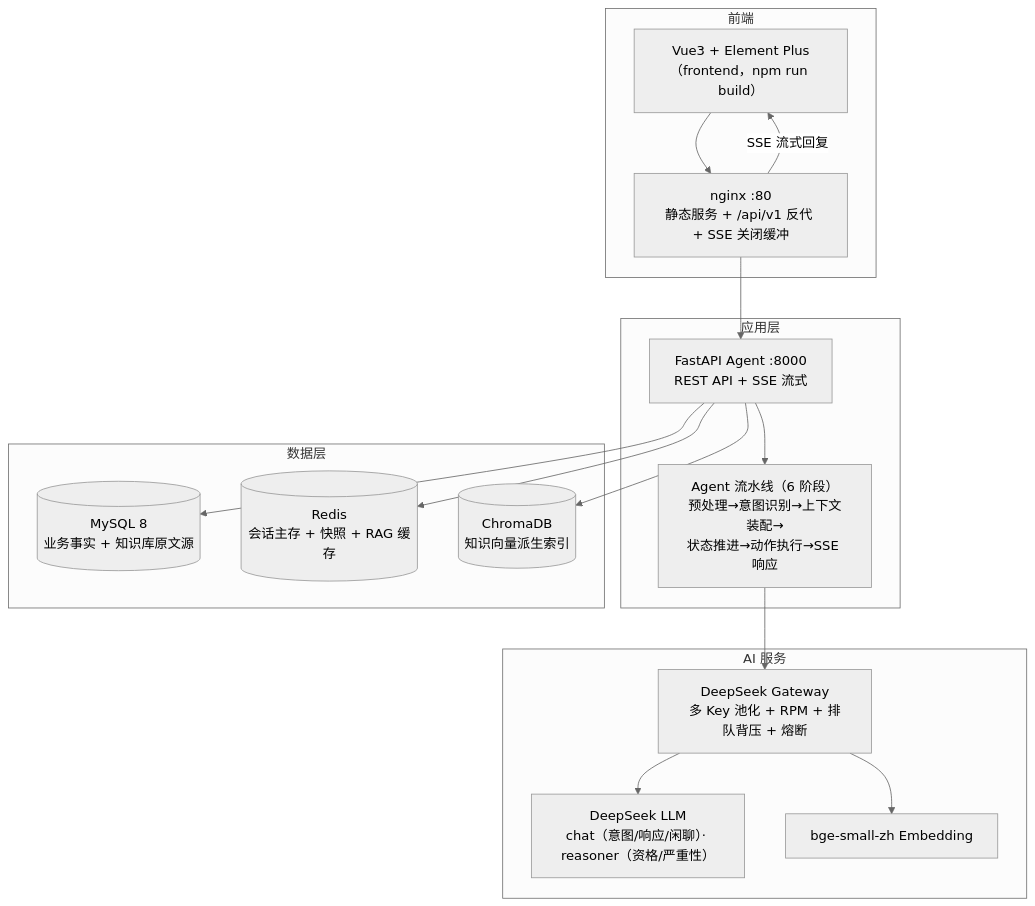
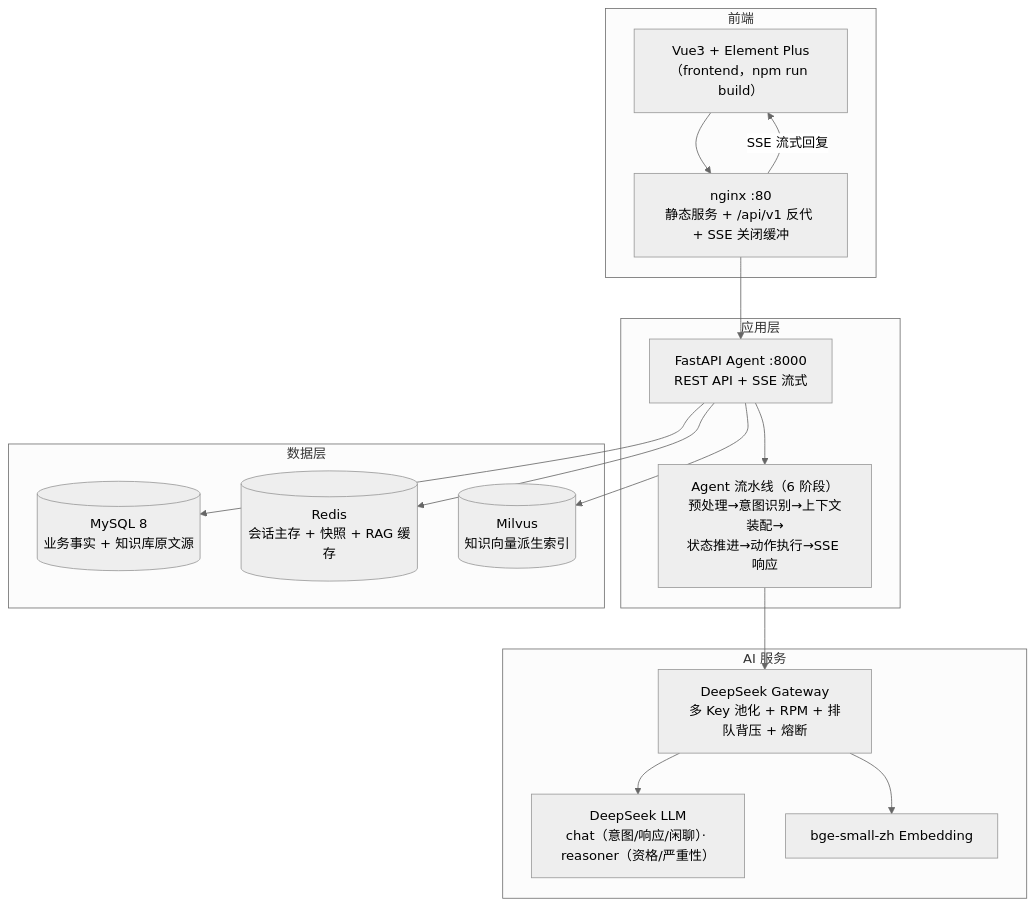
The diagram in README.md (zhanggy1984/customer-service), drawn with Mermaid (neutral theme) before and after one commit. The commit also changed other lines of this file and 1 other file, not shown here.

Commit message:
docs: README 同步 P3-P5（工具决策/实时护栏/落库观测）与 Milvus 迁移、测试指标 138

````diff
--- a/README.md
+++ b/README.md
@@ -134,32 +139,32 @@
 ```mermaid
 graph TB
     subgraph 前端
         WEB["Vue3 + Element Plus<br/>（frontend，npm run build）"]
         NGINX["nginx :80<br/>静态服务 + /api/v1 反代 + SSE 关闭缓冲"]
     end
     subgraph 应用层
         API["FastAPI Agent :8000<br/>REST API + SSE 流式"]
         PIPELINE["Agent 流水线（6 阶段）<br/>预处理→意图识别→上下文装配→<br/>状态推进→动作执行→SSE 响应"]
     end
     subgraph AI 服务
         GW["DeepSeek Gateway<br/>多 Key 池化 + RPM + 排队背压 + 熔断"]
         DS["DeepSeek LLM<br/>chat（意图/响应/闲聊）· reasoner（资格/严重性）"]
         BGE["bge-small-zh Embedding"]
     end
     subgraph 数据层
         MYSQL[(MySQL 8<br/>业务事实 + 知识库原文源)]
         REDIS[(Redis<br/>会话主存 + 快照 + RAG 缓存)]
-        CHROMA[(ChromaDB<br/>知识向量派生索引)]
+        MILVUS[(Milvus<br/>知识向量派生索引)]
     end
 
     WEB --> NGINX
     NGINX --> API
     NGINX -- SSE 流式回复 --> WEB
     API --> PIPELINE
     PIPELINE --> GW
     GW --> DS
     GW --> BGE
     API --> MYSQL
     API --> REDIS
-    API --> CHROMA
+    API --> MILVUS
 ```
````
